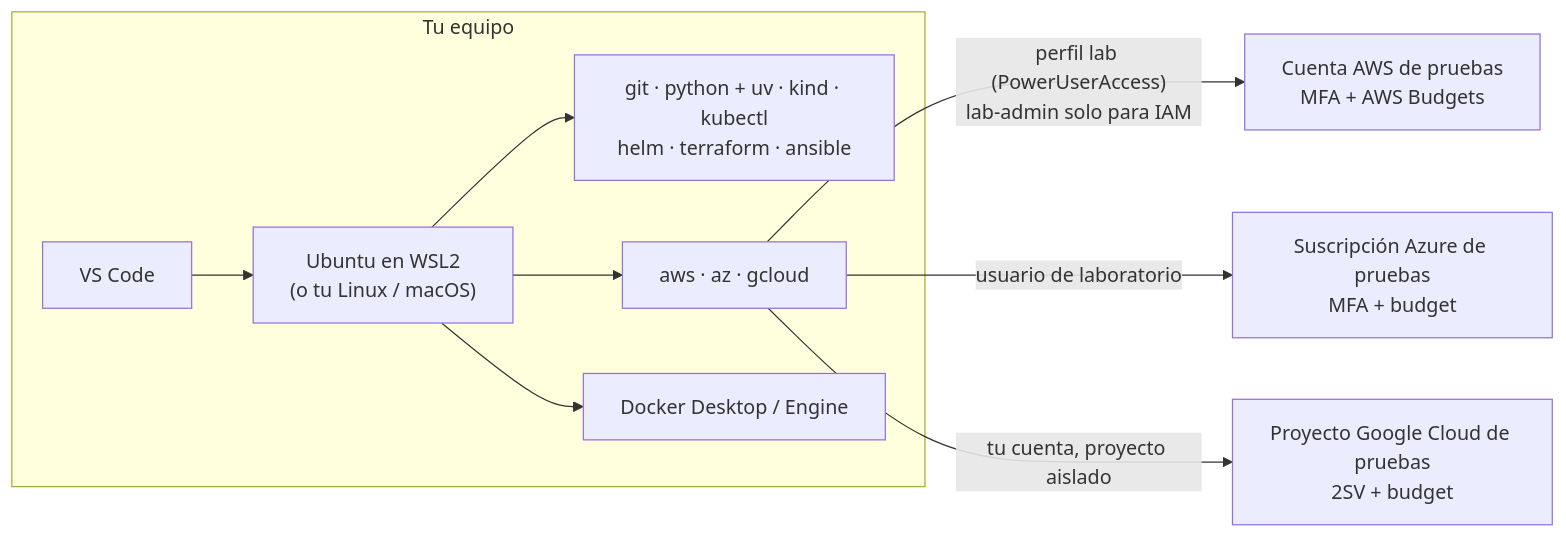
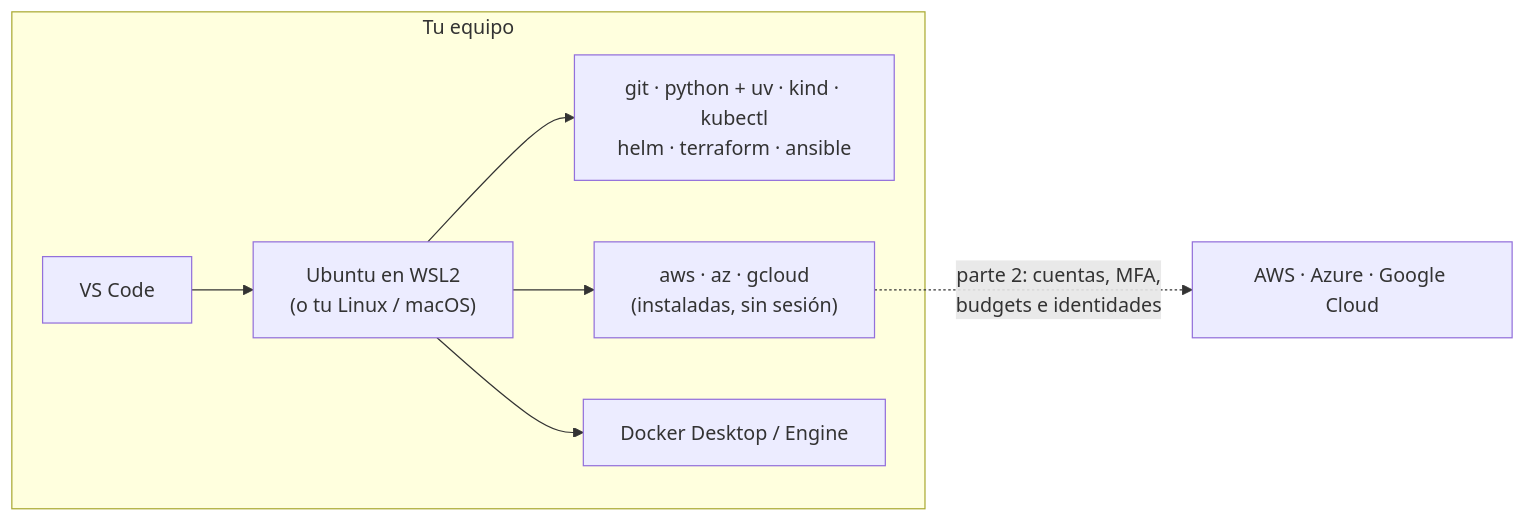
Before and after one commit to daedov/cuaderno-tecnico: the diagram in docs/laboratorios/fundamentos/preparar-entorno.md, drawn with Mermaid. The commit also changed other lines of this file and 35 other files, not shown here.

````diff
--- a/docs/laboratorios/fundamentos/preparar-entorno.md
+++ b/docs/laboratorios/fundamentos/preparar-entorno.md
@@ -45,12 +36,10 @@
 ```mermaid
 flowchart LR
     subgraph Equipo["Tu equipo"]
         Editor[VS Code] --> WSL["Ubuntu en WSL2<br/>(o tu Linux / macOS)"]
         WSL --> Tools["git · python + uv · kind · kubectl<br/>helm · terraform · ansible"]
-        WSL --> CLIs["aws · az · gcloud"]
+        WSL --> CLIs["aws · az · gcloud<br/>(instaladas, sin sesión)"]
         WSL --> Docker[Docker Desktop / Engine]
     end
-    CLIs -->|"perfil lab (PowerUserAccess)<br/>lab-admin solo para IAM"| AWS["Cuenta AWS de pruebas<br/>MFA + AWS Budgets"]
-    CLIs -->|usuario de laboratorio| Azure["Suscripción Azure de pruebas<br/>MFA + budget"]
-    CLIs -->|tu cuenta, proyecto aislado| GCP["Proyecto Google Cloud de pruebas<br/>2SV + budget"]
+    CLIs -.->|"parte 2: cuentas, MFA,<br/>budgets e identidades"| Nubes["AWS · Azure · Google Cloud"]
 ```
````
